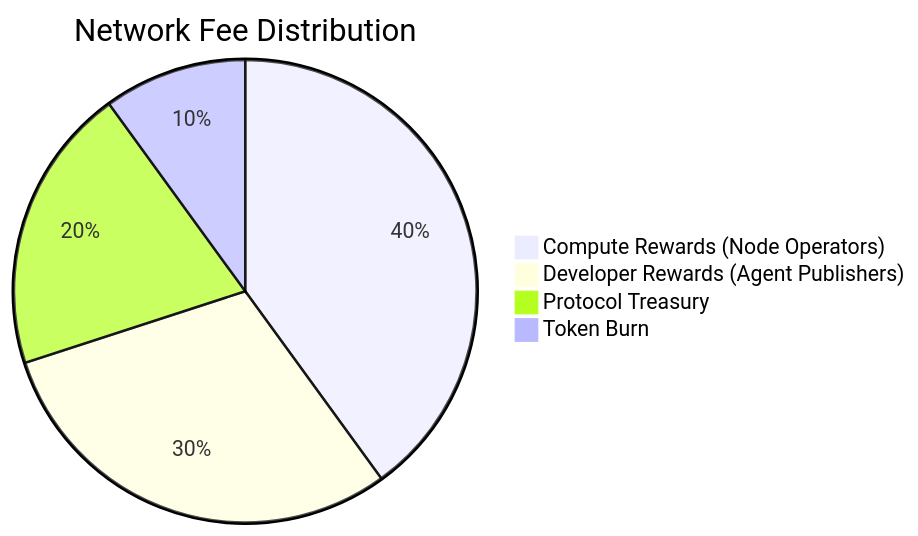
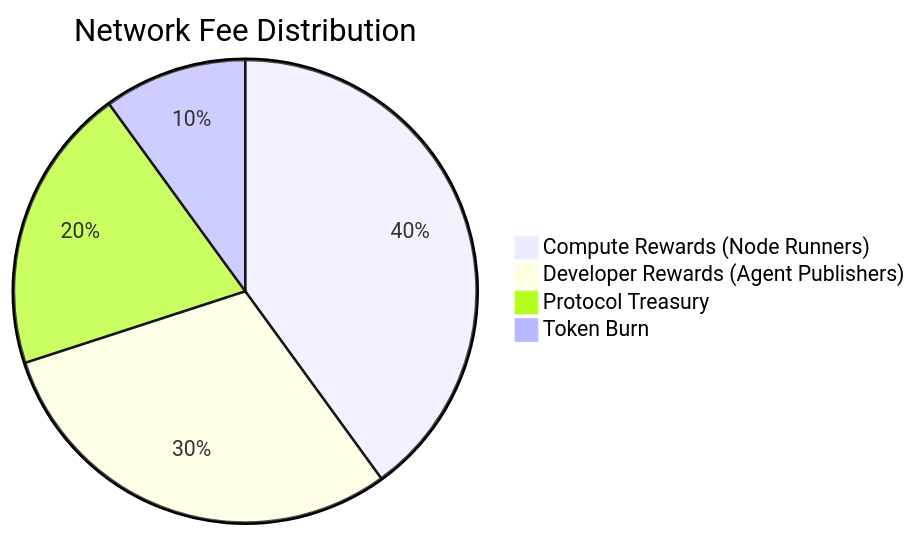
One commit to RustMunkey/maschina changed the fourth of 4 diagrams in content/docs/platform/economics.mdx. Above: the diagram before and after it, drawn with Mermaid. The commit also changed other lines of this file and 14 other files, not shown here.

First line of the commit message:
feat(chain): update revenue split to 70/15/10/5 and rename node operators to node runners (#170)

````diff
--- a/content/docs/platform/economics.mdx
+++ b/content/docs/platform/economics.mdx
@@ -150,7 +150,7 @@
 ```mermaid
 pie title Network Fee Distribution
-    "Compute Rewards (Node Operators)" : 40
+    "Compute Rewards (Node Runners)" : 40
     "Developer Rewards (Agent Publishers)" : 30
     "Protocol Treasury" : 20
     "Token Burn" : 10
 ```
````
